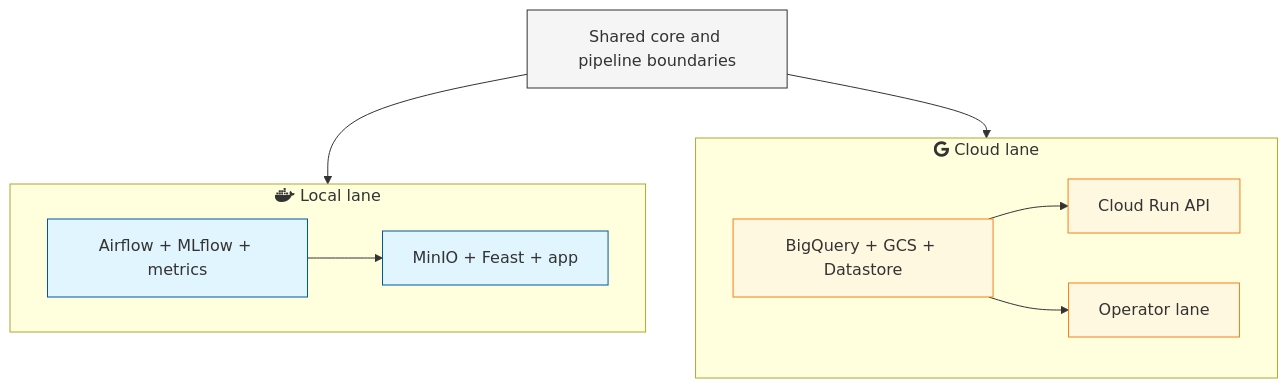
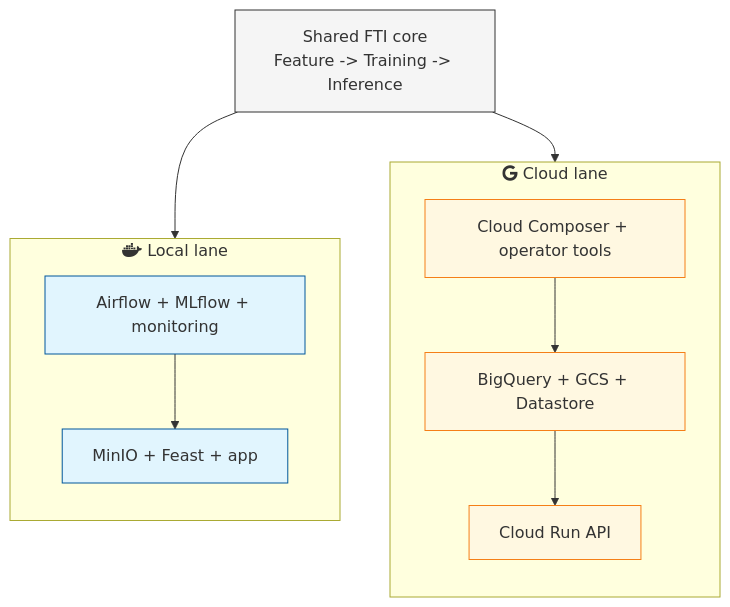
The first of 4 diagrams in docs/site/system/cloud-mapping.md (javihslu/foehncast), drawn with Mermaid before and after one commit. The commit also changed other lines of this file and 1 other file, not shown here.

First line of the commit message:
docs(system): expand local-to-cloud mapping with shared contract table

```diff
--- a/docs/site/system/cloud-mapping.md
+++ b/docs/site/system/cloud-mapping.md
@@ -46,28 +46,27 @@
 <div class="mermaid">
 flowchart TD
-    %% Colors
     classDef core fill:#f5f5f5,stroke:#333
     classDef local fill:#e1f5fe,stroke:#01579b
     classDef cloud fill:#fff8e1,stroke:#f57f17
 
-    CORE["Shared core and pipeline boundaries"]:::core
+    CORE["Shared FTI core\nFeature -> Training -> Inference"]:::core
 
     subgraph LocalSurface ["fab:fa-docker Local lane"]
-        direction LR
-        LSUP["Airflow + MLflow + metrics"]:::local
+        direction TB
+        LSUP["Airflow + MLflow + monitoring"]:::local
         LAPP["MinIO + Feast + app"]:::local
         LSUP --> LAPP
     end
 
     subgraph CloudSurface ["fab:fa-google Cloud lane"]
-        direction LR
+        direction TB
+        COPS["Cloud Composer + operator tools"]:::cloud
         CDATA["BigQuery + GCS + Datastore"]:::cloud
         CAPI["Cloud Run API"]:::cloud
-        COPS["Operator lane"]:::cloud
+        COPS --> CDATA
         CDATA --> CAPI
-        CDATA --> COPS
     end
 
     CORE --> LocalSurface
     CORE --> CloudSurface
 </div>
```
